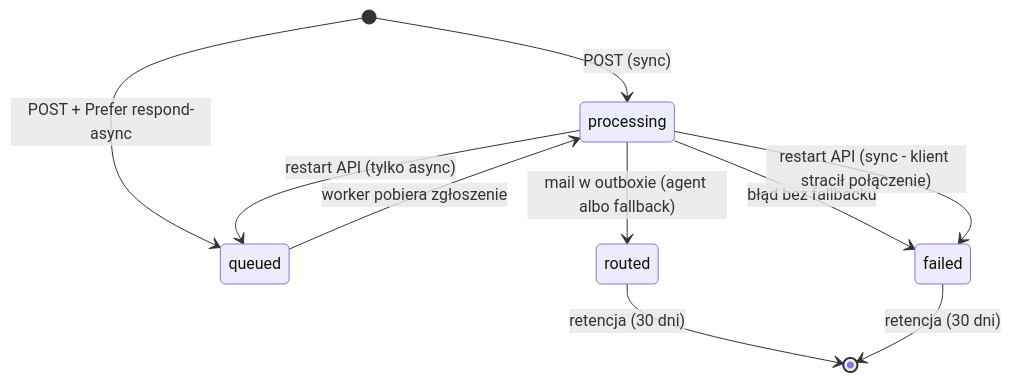
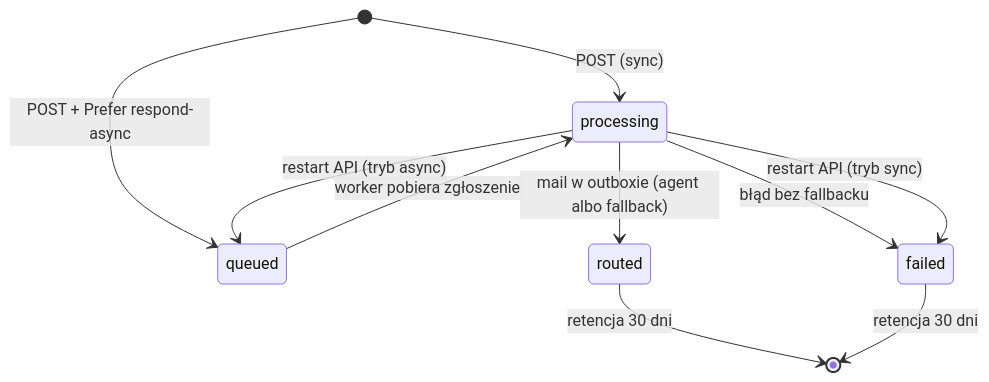
One commit to miikoolaj/ai-message-categorization-and-routing-system changed the third of 3 diagrams in docs/DESIGN.md. Above: the diagram before and after it, drawn with Mermaid. The commit also changed other lines of this file and 3 other files, not shown here.

First line of the commit message:
docs: condense README and design doc to the current architecture

````diff
--- a/docs/DESIGN.md
+++ b/docs/DESIGN.md
@@ -314,12 +174,12 @@
 ```mermaid
 stateDiagram-v2
     [*] --> processing: POST (sync)
     [*] --> queued: POST + Prefer respond-async
     queued --> processing: worker pobiera zgłoszenie
     processing --> routed: mail w outboxie (agent albo fallback)
     processing --> failed: błąd bez fallbacku
-    processing --> queued: restart API (tylko async)
-    processing --> failed: restart API (sync - klient stracił połączenie)
-    routed --> [*]: retencja (30 dni)
-    failed --> [*]: retencja (30 dni)
+    processing --> queued: restart API (tryb async)
+    processing --> failed: restart API (tryb sync)
+    routed --> [*]: retencja 30 dni
+    failed --> [*]: retencja 30 dni
 ```
````
